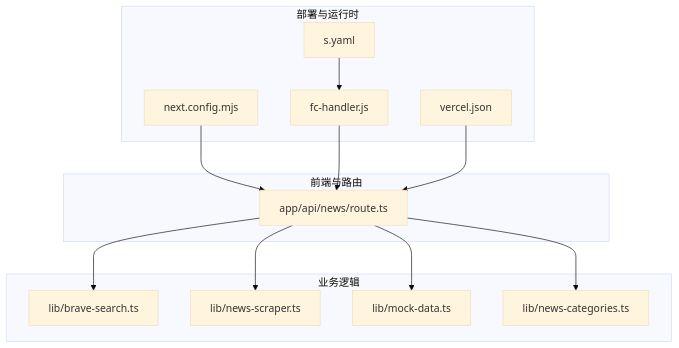
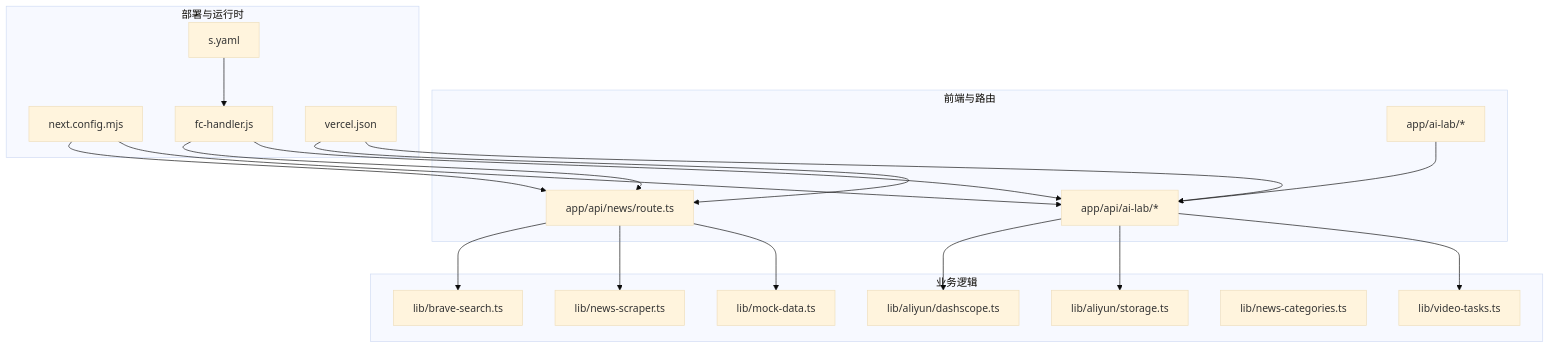
The first of 8 diagrams in .qoder/repowiki/zh/content/扩展和定制/第三方集成.md (zuozuoliu740-cmd/xianxiong-news), drawn with Mermaid (base theme) before and after one commit. The commit also changed other lines of this file and 6 other files, not shown here.

````diff
--- a/.qoder/repowiki/zh/content/扩展和定制/第三方集成.md
+++ b/.qoder/repowiki/zh/content/扩展和定制/第三方集成.md
@@ -58,26 +73,37 @@
 ```mermaid
 graph TB
 subgraph "前端与路由"
-API["app/api/news/route.ts"]
+NEWSAPI["app/api/news/route.ts"]
+AILAB["app/api/ai-lab/*"]
+AIPAGE["app/ai-lab/*"]
 end
 subgraph "业务逻辑"
-BS["lib/brave-search.ts"]
-SCRAPE["lib/news-scraper.ts"]
+BRVS["lib/brave-search.ts"]
+DASHSCOPE["lib/aliyun/dashscope.ts"]
+STORAGE["lib/aliyun/storage.ts"]
+SCRAPER["lib/news-scraper.ts"]
 MOCK["lib/mock-data.ts"]
 CAT["lib/news-categories.ts"]
+VIDEOTASKS["lib/video-tasks.ts"]
 end
 subgraph "部署与运行时"
 NEXTCFG["next.config.mjs"]
 FCH["fc-handler.js"]
 SCONF["s.yaml"]
 VC["vercel.json"]
 end
-API --> BS
-API --> SCRAPE
-API --> MOCK
-API --> CAT
-NEXTCFG --> API
-FCH --> API
+NEWSAPI --> BRVS
+NEWSAPI --> SCRAPER
+NEWSAPI --> MOCK
+AILAB --> DASHSCOPE
+AILAB --> STORAGE
+AILAB --> VIDEOTASKS
+AIPAGE --> AILAB
+NEXTCFG --> NEWSAPI
+NEXTCFG --> AILAB
+FCH --> NEWSAPI
+FCH --> AILAB
 SCONF --> FCH
-VC --> API
+VC --> NEWSAPI
+VC --> AILAB
 ```
````
